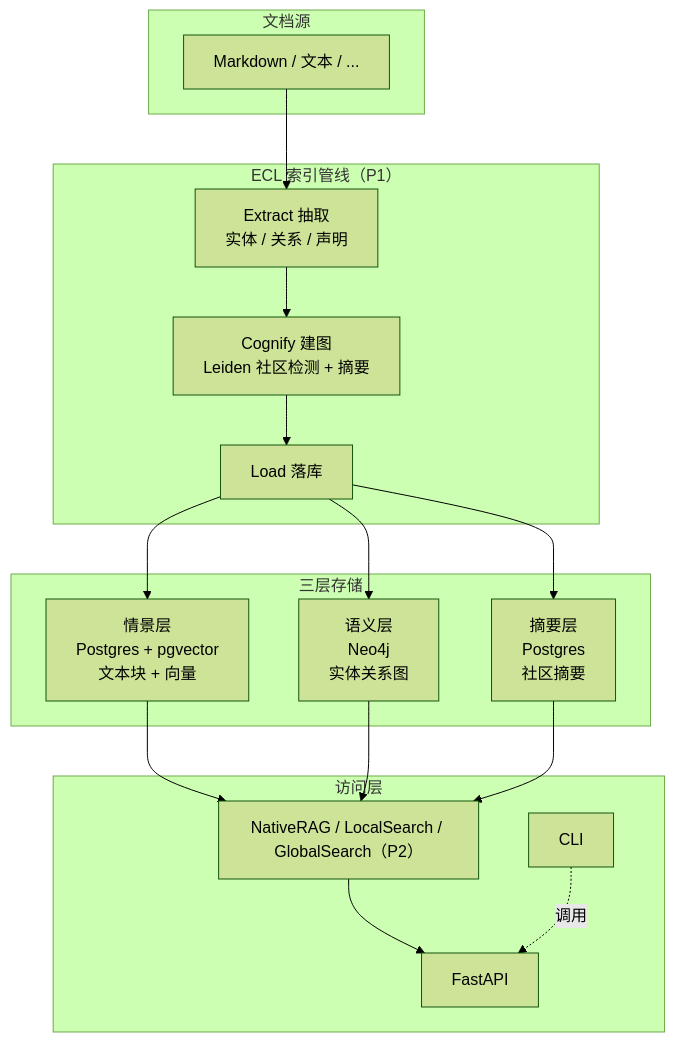
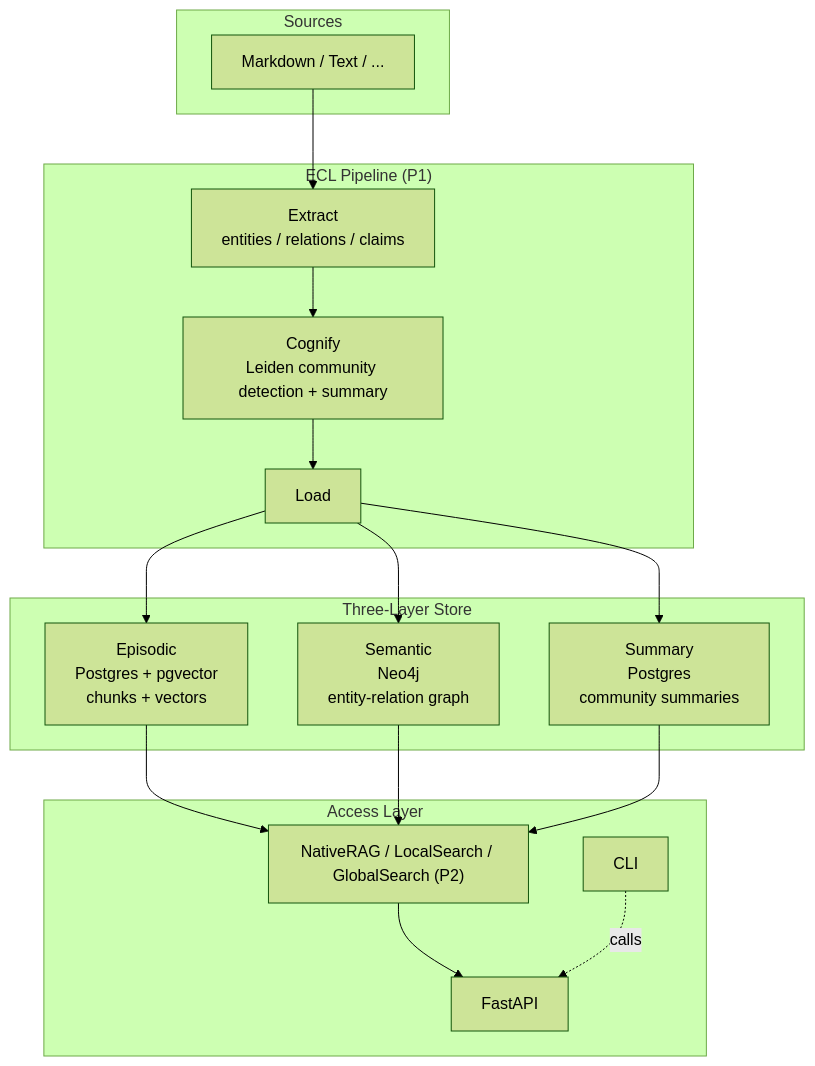
One commit to cyberwalker0419/Calliodesmo changed the first of 2 diagrams in README.md. Above: the diagram before and after it, drawn with Mermaid (forest theme). The commit also changed other lines of this file, not shown here.

Commit message:
fix(readme): mermaid diagrams to ASCII (GitHub btoa/Latin1 + layout fix)

````diff
--- a/README.md
+++ b/README.md
@@ -26,25 +26,25 @@
 ```mermaid
 graph TB
-    subgraph Src["文档源"]
-        D[Markdown / 文本 / ...]
+    subgraph Src["Sources"]
+        D[Markdown / Text / ...]
     end
-    subgraph ECL["ECL 索引管线（P1）"]
-        E["Extract 抽取<br/>实体 / 关系 / 声明"]
-        C["Cognify 建图<br/>Leiden 社区检测 + 摘要"]
-        L["Load 落库"]
+    subgraph ECL["ECL Pipeline (P1)"]
+        E["Extract<br/>entities / relations / claims"]
+        C["Cognify<br/>Leiden community detection + summary"]
+        L["Load"]
     end
-    subgraph Store["三层存储"]
-        S1["情景层<br/>Postgres + pgvector<br/>文本块 + 向量"]
-        S2["语义层<br/>Neo4j<br/>实体关系图"]
-        S3["摘要层<br/>Postgres<br/>社区摘要"]
+    subgraph Store["Three-Layer Store"]
+        S1["Episodic<br/>Postgres + pgvector<br/>chunks + vectors"]
+        S2["Semantic<br/>Neo4j<br/>entity-relation graph"]
+        S3["Summary<br/>Postgres<br/>community summaries"]
     end
-    subgraph Access["访问层"]
-        RAG["NativeRAG / LocalSearch / GlobalSearch（P2）"]
+    subgraph Access["Access Layer"]
+        RAG["NativeRAG / LocalSearch / GlobalSearch (P2)"]
         API[FastAPI]
         CLI[CLI]
     end
     D --> E --> C --> L
     L --> S1 & S2 & S3
     S1 & S2 & S3 --> RAG --> API
-    CLI -.调用.-> API
+    CLI -. calls .-> API
 ```
````
